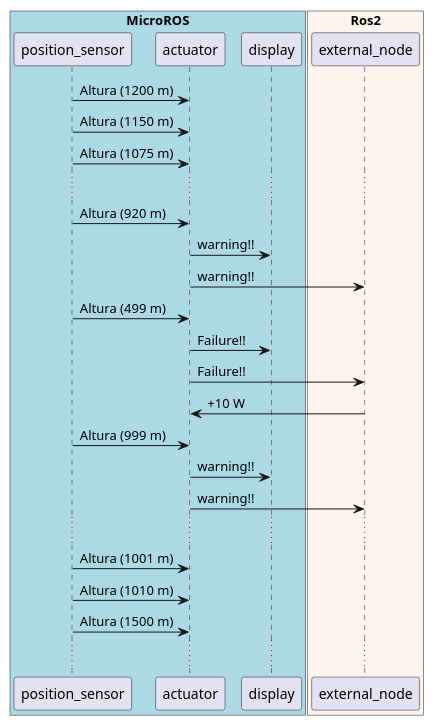
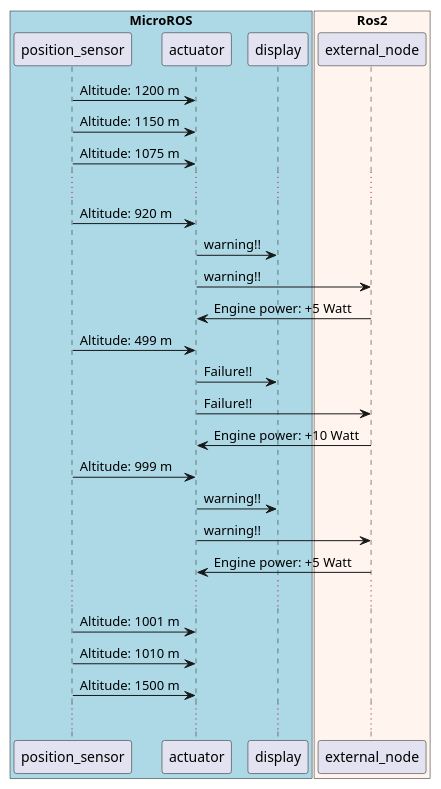
Before and after one commit to cocasema/micro-ROS-doc: the diagram in Demo_SecuenceDiagram.plantuml, drawn with PlantUML.

Commit message:
Few changes in diagram

```diff
--- a/Demo_SecuenceDiagram.plantuml
+++ b/Demo_SecuenceDiagram.plantuml
@@ -1,34 +1,36 @@
 @startuml
     box "MicroROS" #LightBlue
 	    participant position_sensor
 	    participant actuator
 	    participant display
     end box
         
     box "Ros2" #SeaShell
 	    participant external_node
     end box
     
-    position_sensor ->  actuator: Altura (1200 m)
-    position_sensor ->  actuator: Altura (1150 m)
-    position_sensor ->  actuator: Altura (1075 m)
+    position_sensor ->  actuator: Altitude: 1200 m
+    position_sensor ->  actuator: Altitude: 1150 m
+    position_sensor ->  actuator: Altitude: 1075 m
     ...
-    position_sensor ->  actuator: Altura (920 m)
+    position_sensor ->  actuator: Altitude: 920 m
     actuator -> display : warning!!
     actuator -> external_node: warning!!
+    external_node -> actuator: Engine power: +5 Watt
     
-    position_sensor ->  actuator: Altura (499 m)
+    position_sensor ->  actuator: Altitude: 499 m
     actuator -> display : Failure!!
     actuator -> external_node: Failure!!
-    external_node -> actuator: +10 W
+    external_node -> actuator: Engine power: +10 Watt
 
-    position_sensor ->  actuator: Altura (999 m)
+    position_sensor ->  actuator: Altitude: 999 m
     actuator -> display : warning!!
     actuator -> external_node: warning!!
+    external_node -> actuator: Engine power: +5 Watt
 
     ...
-    position_sensor ->  actuator: Altura (1001 m)
-    position_sensor ->  actuator: Altura (1010 m)
-    position_sensor ->  actuator: Altura (1500 m)
+    position_sensor ->  actuator: Altitude: 1001 m
+    position_sensor ->  actuator: Altitude: 1010 m
+    position_sensor ->  actuator: Altitude: 1500 m
     ...    
 @enduml
```
